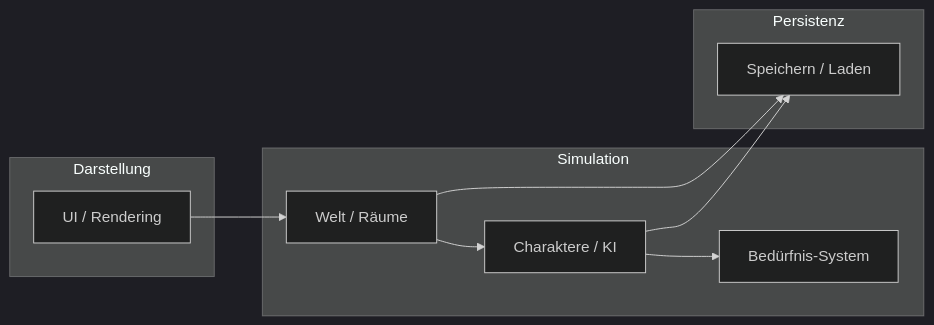
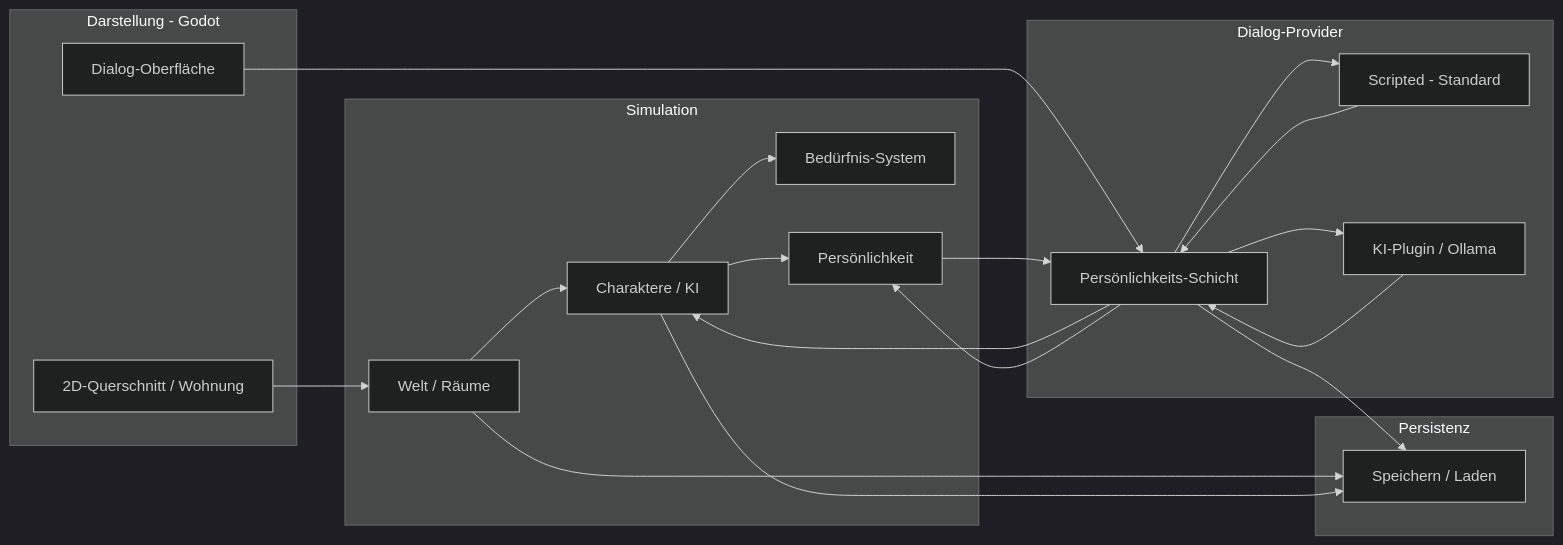
Before and after one commit to FieserSack/ByteResident: the diagram in docs/architecture/overview.md, drawn with Mermaid (dark theme). The commit also changed other lines of this file and 49 other files, not shown here.

````diff
--- a/docs/architecture/overview.md
+++ b/docs/architecture/overview.md
@@ -11,19 +13,36 @@
 ```mermaid
 flowchart LR
-  subgraph presentation [Darstellung]
-    UI[UI / Rendering]
+  subgraph presentation [Darstellung - Godot]
+    UI[2D-Querschnitt / Wohnung]
+    Chat[Dialog-Oberfläche]
   end
   subgraph simulation [Simulation]
     World[Welt / Räume]
     Agents[Charaktere / KI]
     Needs[Bedürfnis-System]
+    Personality[Persönlichkeit]
+  end
+  subgraph dialogue [Dialog-Provider]
+    PersonalityLayer[Persönlichkeits-Schicht]
+    Scripted[Scripted - Standard]
+    LLM[KI-Plugin / Ollama]
   end
   subgraph persistence [Persistenz]
     Save[Speichern / Laden]
   end
+  Chat --> PersonalityLayer
+  PersonalityLayer --> Scripted
+  PersonalityLayer --> LLM
+  Scripted --> PersonalityLayer
+  LLM --> PersonalityLayer
+  PersonalityLayer --> Agents
+  PersonalityLayer --> Personality
   UI --> World
   World --> Agents
   Agents --> Needs
+  Agents --> Personality
+  Personality --> PersonalityLayer
   World --> Save
   Agents --> Save
+  PersonalityLayer --> Save
 ```
````
